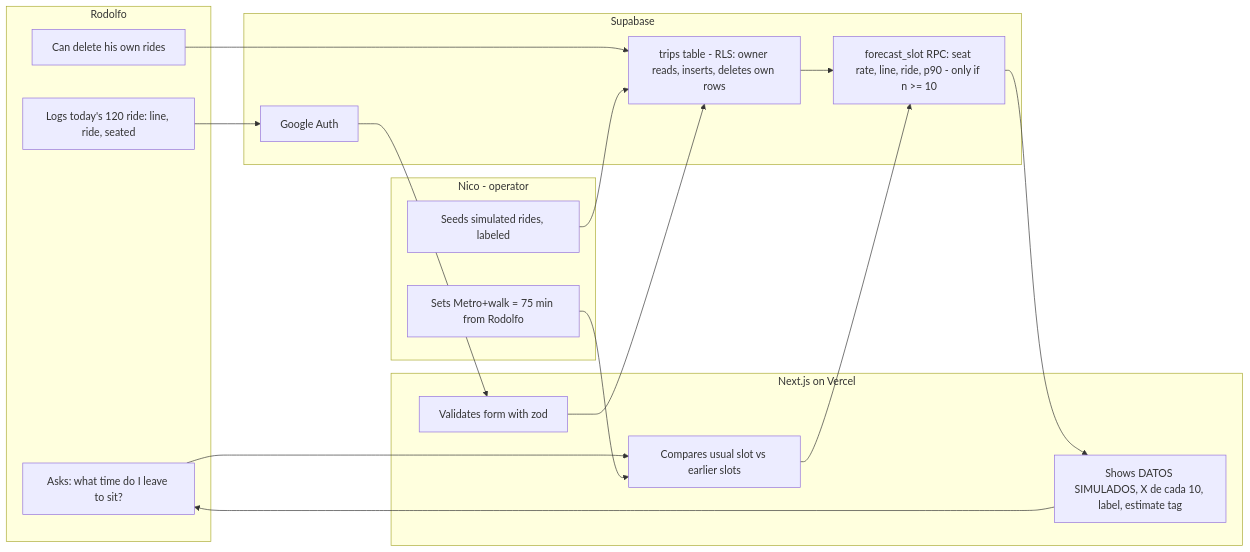
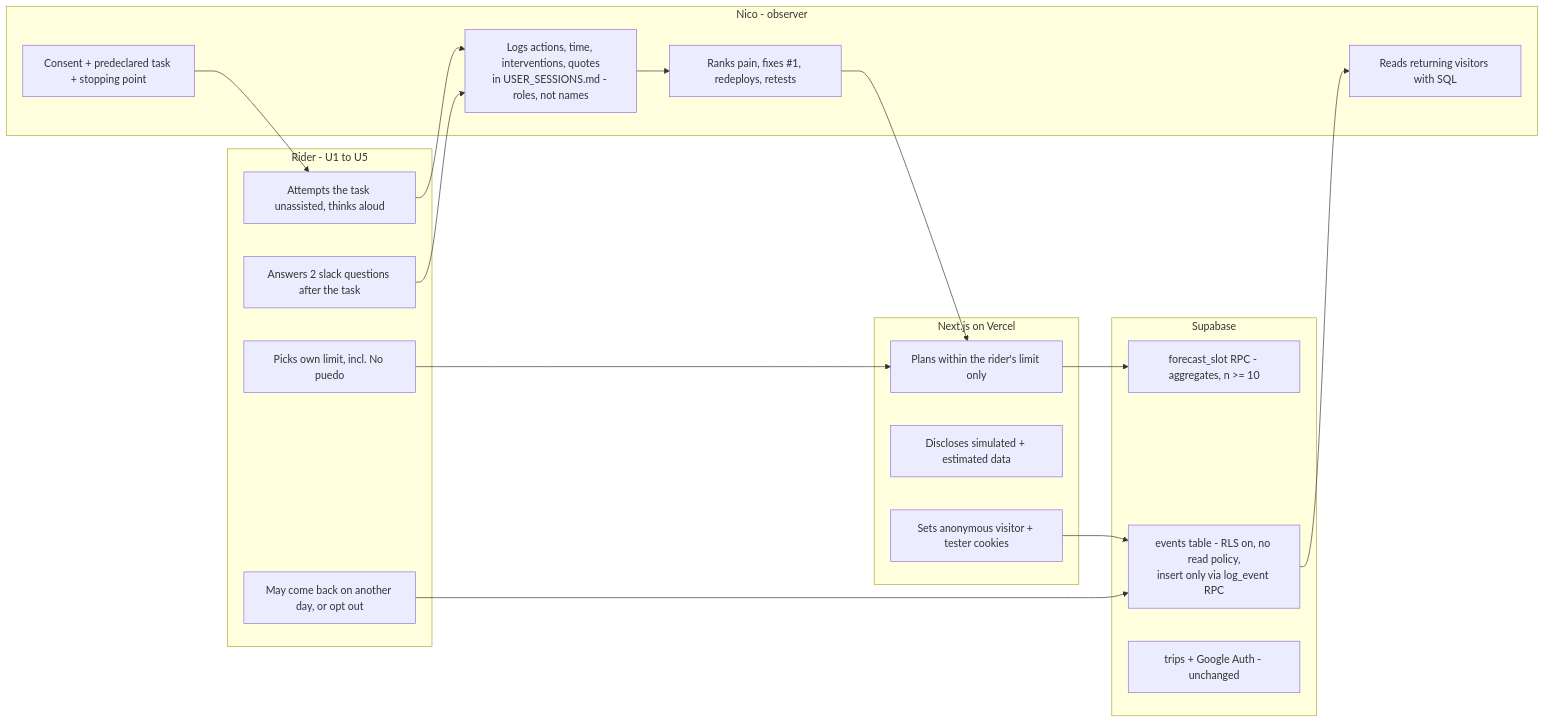
Before and after one commit to NickosGit/Llego-mx: the second of 2 diagrams in docs/PACKET.md, drawn with Mermaid. The commit also changed other lines of this file and 4 other files, not shown here.

````diff
--- a/docs/PACKET.md
+++ b/docs/PACKET.md
@@ -114,28 +93,32 @@
 ```mermaid
 flowchart LR
-    subgraph U[Rodolfo]
-        U1[Asks: what time do I leave to sit?]
-        U2[Logs today's 120 ride: line, ride, seated]
-        U3[Can delete his own rides]
+    subgraph R[Rider - U1 to U5]
+        R1[Picks own limit, incl. No puedo]
+        R2[Attempts the task unassisted, thinks aloud]
+        R3[Answers 2 slack questions after the task]
+        R4[May come back on another day, or opt out]
     end
     subgraph W[Next.js on Vercel]
-        W1[Compares usual slot vs earlier slots]
-        W2[Validates form with zod]
-        W3[Shows DATOS SIMULADOS, X de cada 10, label, estimate tag]
+        W1[Plans within the rider's limit only]
+        W2[Discloses simulated + estimated data]
+        W3[Sets anonymous visitor + tester cookies]
     end
     subgraph DB[Supabase]
-        D1[forecast_slot RPC: seat rate, line, ride, p90 - only if n >= 10]
-        D2[trips table - RLS: owner reads, inserts, deletes own rows]
-        D3[Google Auth]
+        D1[forecast_slot RPC - aggregates, n >= 10]
+        D2[events table - RLS on, no read policy,<br/>insert only via log_event RPC]
+        D3[trips + Google Auth - unchanged]
     end
-    subgraph N[Nico - operator]
-        N1[Seeds simulated rides, labeled]
-        N2[Sets Metro+walk = 75 min from Rodolfo]
+    subgraph N[Nico - observer]
+        N1[Consent + predeclared task + stopping point]
+        N2[Logs actions, time, interventions, quotes<br/>in USER_SESSIONS.md - roles, not names]
+        N3[Ranks pain, fixes #1, redeploys, retests]
+        N4[Reads returning visitors with SQL]
     end
-    U1 --> W1 --> D1 --> W3 --> U1
-    U2 --> D3 --> W2 --> D2
-    U3 --> D2
-    D2 --> D1
-    N1 --> D2
-    N2 --> W1
+    N1 --> R2
+    R1 --> W1 --> D1
+    W3 --> D2
+    R2 --> N2
+    R3 --> N2
+    N2 --> N3 --> W1
+    R4 --> D2 --> N4
 ```
````
